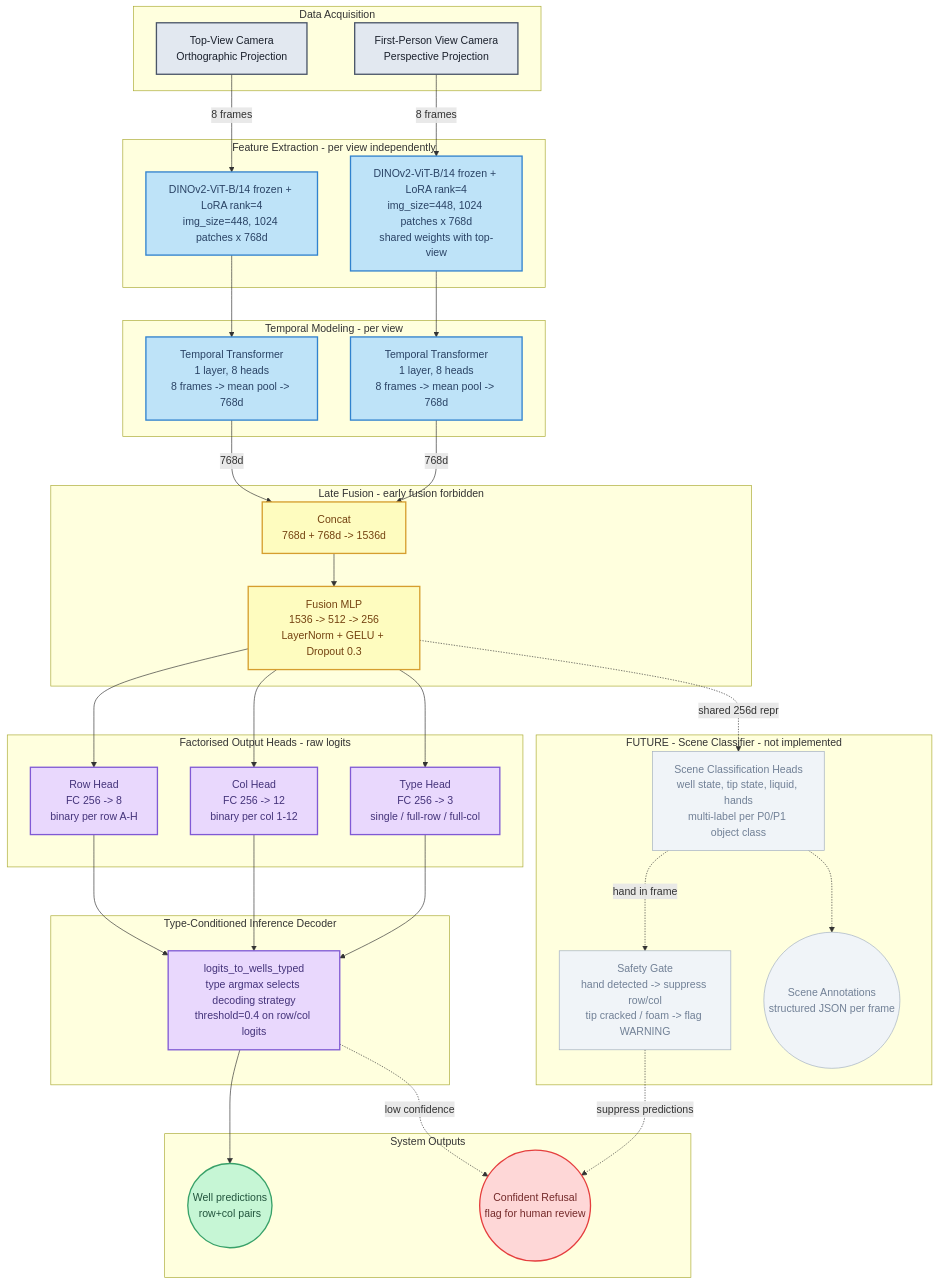
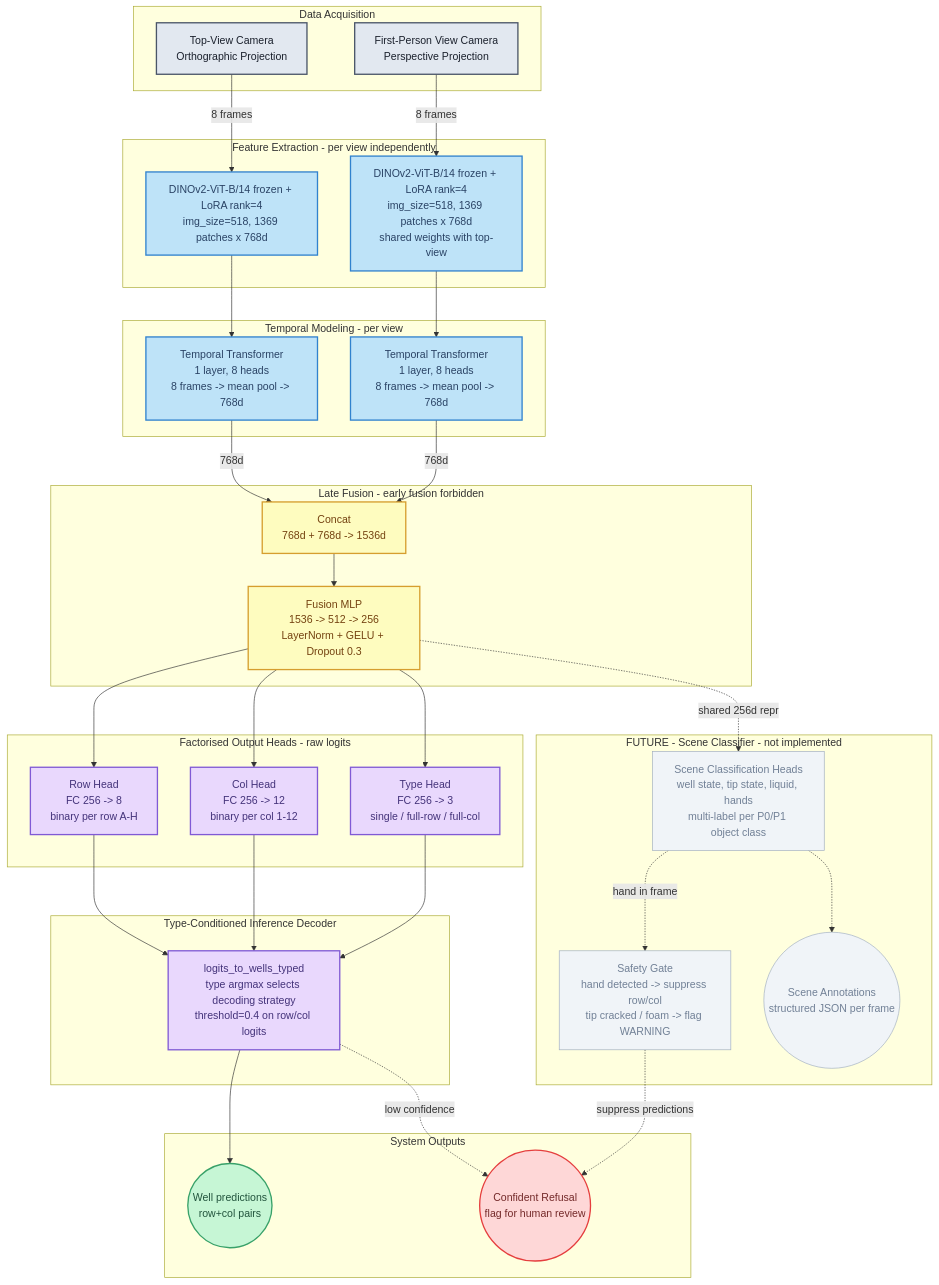
The diagram in docs/ARCHITECURE_DIAGRAM.md (linwoes/pipette-well-challenge), drawn with Mermaid before and after one commit. The commit also changed 9 other files, not shown here.

First line of the commit message:
feat: increase default img_size from 448 to 518 across codebase

```diff
--- a/docs/ARCHITECURE_DIAGRAM.md
+++ b/docs/ARCHITECURE_DIAGRAM.md
@@ -6,8 +6,8 @@
     end
 
     subgraph FeatureExtraction ["Feature Extraction - per view independently"]
-        DINO_TV[DINOv2-ViT-B/14 frozen + LoRA rank=4<br/>img_size=448, 1024 patches x 768d]
-        DINO_FPV[DINOv2-ViT-B/14 frozen + LoRA rank=4<br/>img_size=448, 1024 patches x 768d<br/>shared weights with top-view]
+        DINO_TV[DINOv2-ViT-B/14 frozen + LoRA rank=4<br/>img_size=518, 1369 patches x 768d]
+        DINO_FPV[DINOv2-ViT-B/14 frozen + LoRA rank=4<br/>img_size=518, 1369 patches x 768d<br/>shared weights with top-view]
     end
 
     subgraph TemporalProcessing ["Temporal Modeling - per view"]
```
